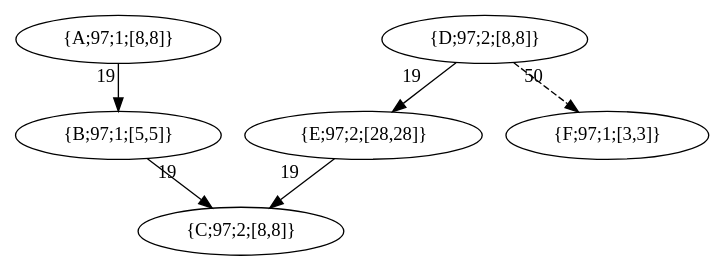
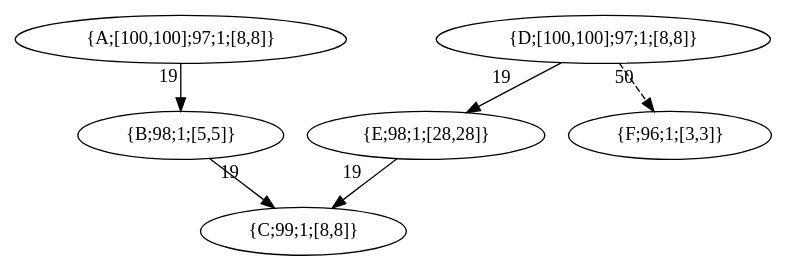
The diagram in example/common-nopri.dot (kevindadi/PPTPN), drawn with Graphviz before and after one commit. The commit also changed 4 other files, not shown here.

Commit message:
更新图形表示，调整节点标签和连接关系，优化代码格式，修复日志输出问题

```diff
--- a/example/common-nopri.dot
+++ b/example/common-nopri.dot
@@ -1,13 +1,13 @@
 digraph G {
-    A [label = "{A;97;1;[8,8]}";];
+    A [label = "{A;[100,100];97;1;[8,8]}";];
     A -> B [xlabel = "19"; style = "";];
-    B [label = "{B;97;1;[5,5]}";];
+    B [label = "{B;98;1;[5,5]}";];
     B -> C [xlabel = "19"; style = "";];
-    C [label = "{C;97;2;[8,8]}";];
-    D [label = "{D;97;2;[8,8]}";];
+    C [label = "{C;99;1;[8,8]}";];
+    D [label = "{D;[100,100];97;1;[8,8]}";];
     D -> E [xlabel = "19"; style = "";];
-    E [label = "{E;97;2;[28,28]}";];
+    E [label = "{E;98;1;[28,28]}";];
     E -> C [xlabel = "19"; style = "";];
     D -> F [xlabel = "50"; style = "dashed";];
-    F [label = "{F;97;1;[3,3]}";];
+    F [label = "{F;96;1;[3,3]}";];
 }
```
